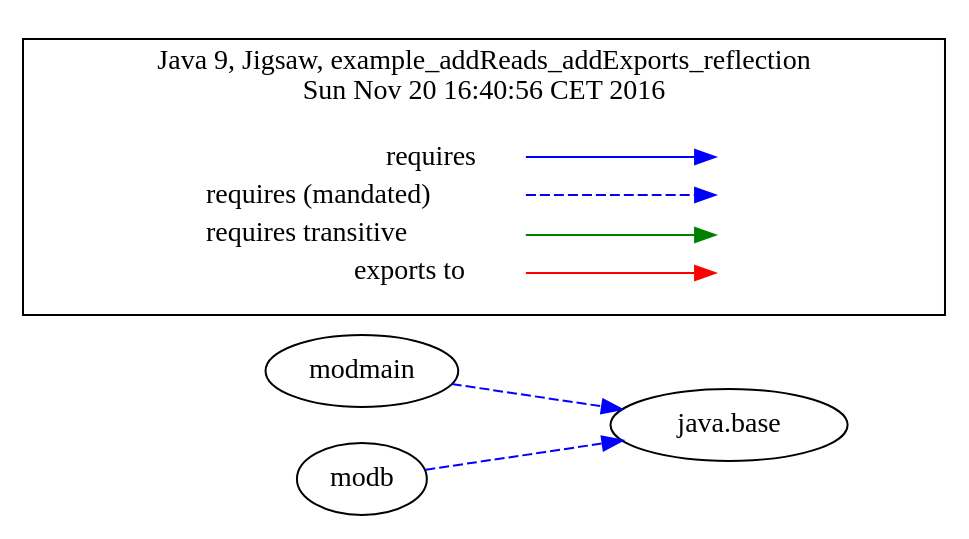
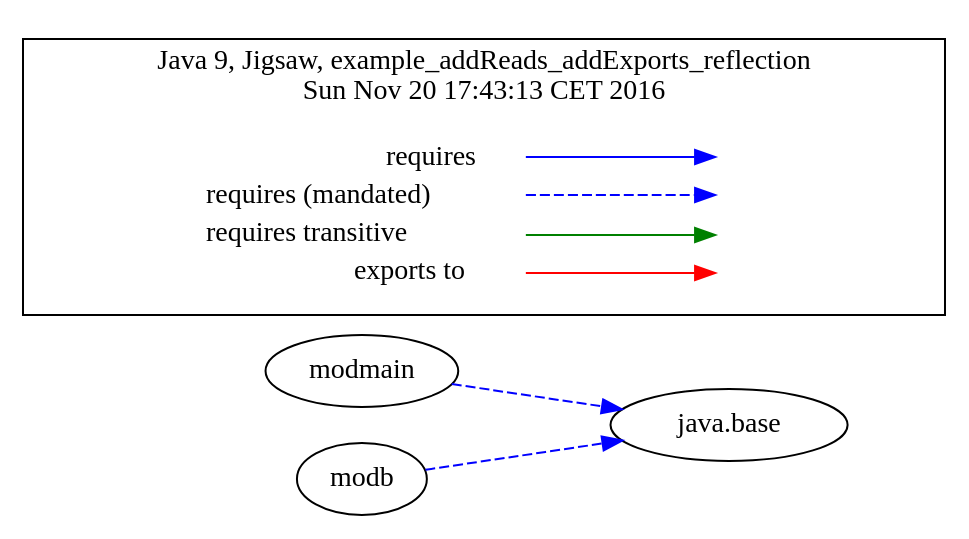
The diagram in jigsaw-examples/example_addReads_addExports_reflection/moduledependencies-withlegend.dot (accso/java9-jigsaw-examples), drawn with Graphviz before and after one commit. The commit also changed 84 other files, not shown here.

```diff
--- a/jigsaw-examples/example_addReads_addExports_reflection/moduledependencies-withlegend.dot
+++ b/jigsaw-examples/example_addReads_addExports_reflection/moduledependencies-withlegend.dot
@@ -1,31 +1,31 @@
-# Created by depvis.JigsawDepVisualizer on Sun Nov 20 16:40:56 CET 2016
+# Created by depvis.JigsawDepVisualizer on Sun Nov 20 17:43:13 CET 2016
 digraph Java9_Dependency_Visualizer {
 modmain[fontname="Consolas",shape="ellipse",label="modmain"];
 java_base[fontname="Consolas",shape="ellipse",label="java.base"];
 modb[fontname="Consolas",shape="ellipse",label="modb"];
 modmain -> java_base[color="#0000ff",fontname="Consolas",fontcolor="#0000ff",style="dashed",weight="16"]
 modb -> java_base[color="#0000ff",fontname="Consolas",fontcolor="#0000ff",style="dashed",weight="16"]
 rankdir=LR
 node [shape=plaintext]
 subgraph cluster_01 { 
   label = "Java 9, Jigsaw, example_addReads_addExports_reflection
-Sun Nov 20 16:40:56 CET 2016"
+Sun Nov 20 17:43:13 CET 2016"
   fontname="Consolas"
   key [label=<<table border="0" cellpadding="2" cellspacing="0" cellborder="0">
     <tr><td align="right" port="i1">requires</td></tr>
     <tr><td align="right" port="i2">requires (mandated)</td></tr>
     <tr><td align="right" port="i3">requires transitive</td></tr>
     <tr><td align="right" port="i4">exports to</td></tr>
     </table>>,fontname="Consolas"]
   key2 [label=<<table border="0" cellpadding="2" cellspacing="0" cellborder="0">
     <tr><td port="i1">&nbsp;</td></tr>
     <tr><td port="i2">&nbsp;</td></tr>
     <tr><td port="i3">&nbsp;</td></tr>
     <tr><td port="i4">&nbsp;</td></tr>
     </table>>,fontname="Consolas"]
   key:i1:e -> key2:i1:w [color=BLUE]
   key:i2:e -> key2:i2:w [color=BLUE, style=dashed]
   key:i3:e -> key2:i3:w [color=GREEN]
   key:i4:e -> key2:i4:w [color=RED]
 }
 }
```
